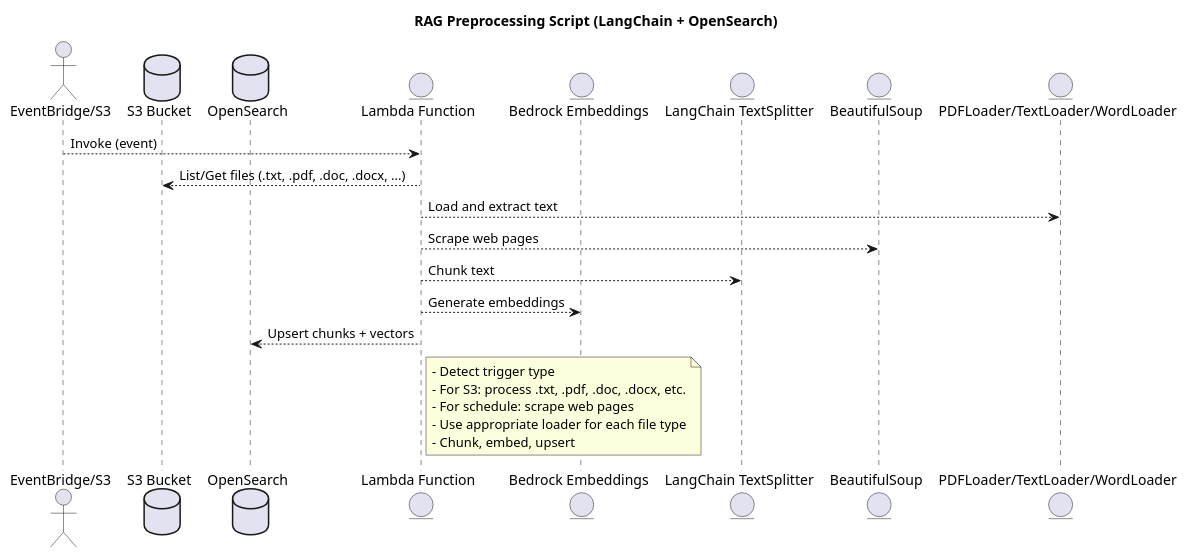
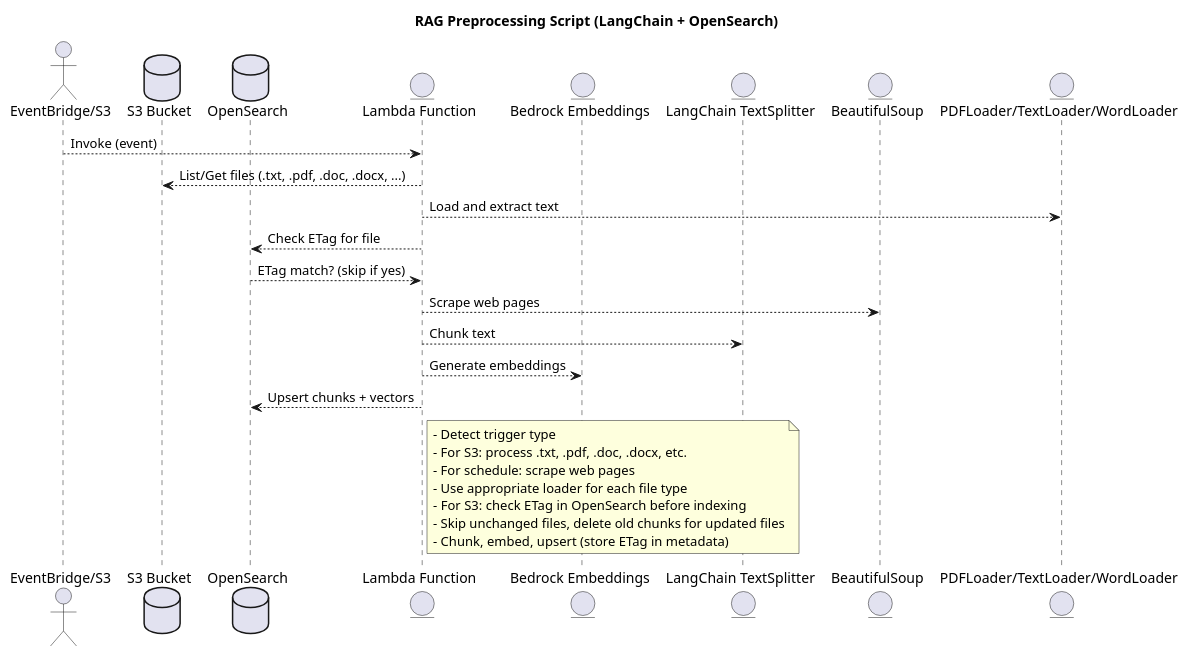
The diagram in RAGChatbots/Langchain_OpenSearch_Implementation/UML Diagrams/PUML/PreprocessingScript.puml (pavanchanduri/RAGChatbot), drawn with PlantUML before and after one commit. The commit also changed 2 other files, not shown here.

```diff
--- a/RAGChatbots/Langchain_OpenSearch_Implementation/UML Diagrams/PUML/PreprocessingScript.puml
+++ b/RAGChatbots/Langchain_OpenSearch_Implementation/UML Diagrams/PUML/PreprocessingScript.puml
@@ -1,30 +1,34 @@
 @startuml PreprocessingScript
 title RAG Preprocessing Script (LangChain + OpenSearch)
 
 
 actor "EventBridge/S3" as Trigger
 database "S3 Bucket" as S3
 database "OpenSearch" as OS
 entity "Lambda Function" as Lambda
 entity "Bedrock Embeddings" as Bedrock
 entity "LangChain TextSplitter" as Splitter
 entity "BeautifulSoup" as Soup
 entity "PDFLoader/TextLoader/WordLoader" as Loader
 
 Trigger --> Lambda : Invoke (event)
 Lambda --> S3 : List/Get files (.txt, .pdf, .doc, .docx, ...)
 Lambda --> Loader : Load and extract text
+Lambda --> OS : Check ETag for file
+OS --> Lambda : ETag match? (skip if yes)
 Lambda --> Soup : Scrape web pages
 Lambda --> Splitter : Chunk text
 Lambda --> Bedrock : Generate embeddings
 Lambda --> OS : Upsert chunks + vectors
 
 note right of Lambda
 - Detect trigger type
 - For S3: process .txt, .pdf, .doc, .docx, etc.
 - For schedule: scrape web pages
 - Use appropriate loader for each file type
-- Chunk, embed, upsert
+- For S3: check ETag in OpenSearch before indexing
+- Skip unchanged files, delete old chunks for updated files
+- Chunk, embed, upsert (store ETag in metadata)
 end note
 
 @enduml
```
